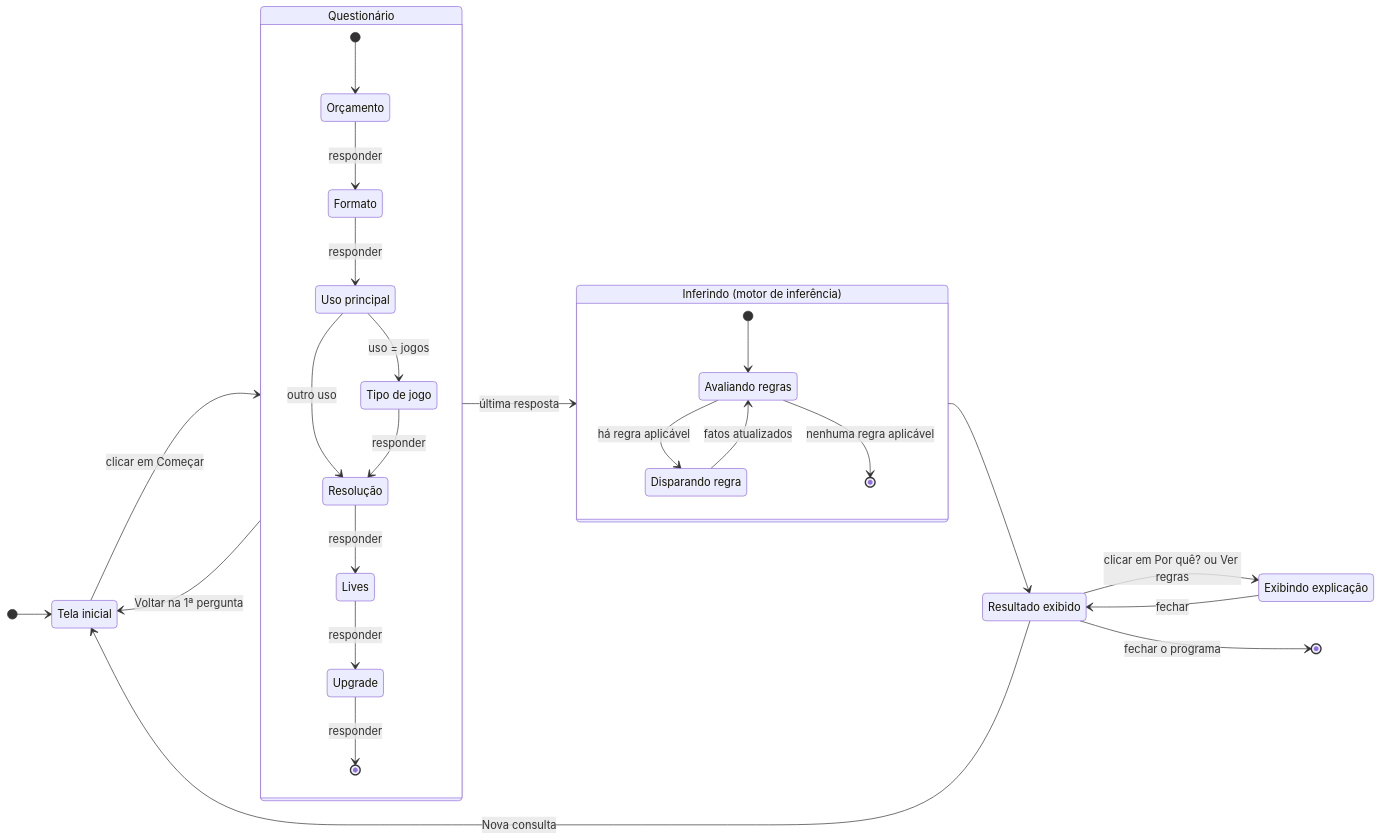
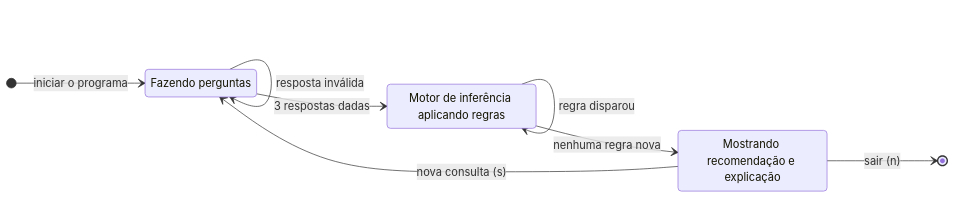
One commit to BrasDP/monta-ai changed the diagram in docs/diagramas/estados.mmd. Above: the diagram before and after it, drawn with Mermaid. The commit also changed 29 other files, not shown here.

```diff
--- a/docs/diagramas/estados.mmd
+++ b/docs/diagramas/estados.mmd
@@ -1,42 +1,12 @@
 stateDiagram-v2
     direction LR
-    state "Tela inicial" as TelaInicial
-    state "Orçamento" as Orcamento
-    state "Formato" as Formato
-    state "Uso principal" as Uso
-    state "Tipo de jogo" as TipoDeJogo
-    state "Resolução" as Resolucao
-    state "Lives" as Lives
-    state "Upgrade" as Upgrade
-    state "Avaliando regras" as AvaliandoRegras
-    state "Disparando regra" as DisparandoRegra
-    state "Resultado exibido" as ResultadoExibido
-    state "Exibindo explicação" as ExibindoExplicacao
-    [*] --> TelaInicial
-    TelaInicial --> Questionario : clicar em Começar
-    state "Questionário" as Questionario {
-        direction TB
-        [*] --> Orcamento
-        Orcamento --> Formato : responder
-        Formato --> Uso : responder
-        Uso --> TipoDeJogo : uso = jogos
-        Uso --> Resolucao : outro uso
-        TipoDeJogo --> Resolucao : responder
-        Resolucao --> Lives : responder
-        Lives --> Upgrade : responder
-        Upgrade --> [*] : responder
-    }
-    Questionario --> TelaInicial : Voltar na 1ª pergunta
-    Questionario --> Inferindo : última resposta
-    state "Inferindo (motor de inferência)" as Inferindo {
-        direction TB
-        [*] --> AvaliandoRegras
-        AvaliandoRegras --> DisparandoRegra : há regra aplicável
-        DisparandoRegra --> AvaliandoRegras : fatos atualizados
-        AvaliandoRegras --> [*] : nenhuma regra aplicável
-    }
-    Inferindo --> ResultadoExibido
-    ResultadoExibido --> ExibindoExplicacao : clicar em Por quê? ou Ver regras
-    ExibindoExplicacao --> ResultadoExibido : fechar
-    ResultadoExibido --> TelaInicial : Nova consulta
-    ResultadoExibido --> [*] : fechar o programa
+    state "Fazendo perguntas" as Perguntando
+    state "Motor de inferência aplicando regras" as Inferindo
+    state "Mostrando recomendação e explicação" as Resultado
+    [*] --> Perguntando : iniciar o programa
+    Perguntando --> Perguntando : resposta inválida
+    Perguntando --> Inferindo : 3 respostas dadas
+    Inferindo --> Inferindo : regra disparou
+    Inferindo --> Resultado : nenhuma regra nova
+    Resultado --> Perguntando : nova consulta (s)
+    Resultado --> [*] : sair (n)
```
